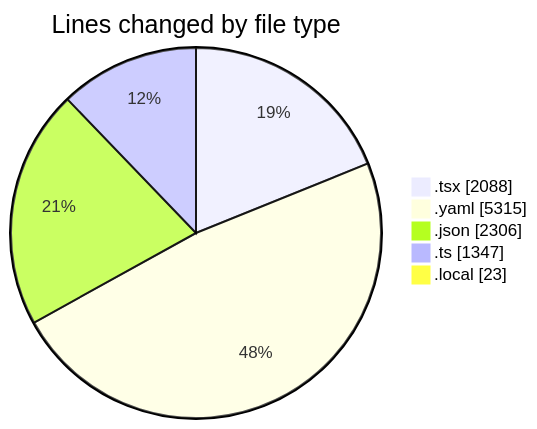
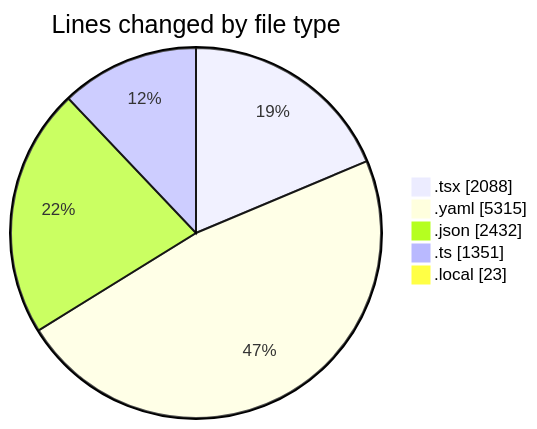
The first of 2 diagrams in 2025-11-07/eventscop-frontend-guide__workspace_/README.md (julien-gomy/code-tracking), drawn with Mermaid before and after one commit. The commit also changed other lines of this file and 1 other file, not shown here.

````diff
--- a/2025-11-07/eventscop-frontend-guide__workspace_/README.md
+++ b/2025-11-07/eventscop-frontend-guide__workspace_/README.md
@@ -50,9 +50,9 @@
 ```mermaid
 pie showData
 title Lines changed by file type
 ".tsx" : 2088
 ".yaml" : 5315
-".json" : 2306
-".ts" : 1347
+".json" : 2432
+".ts" : 1351
 ".local" : 23
 ```
````
